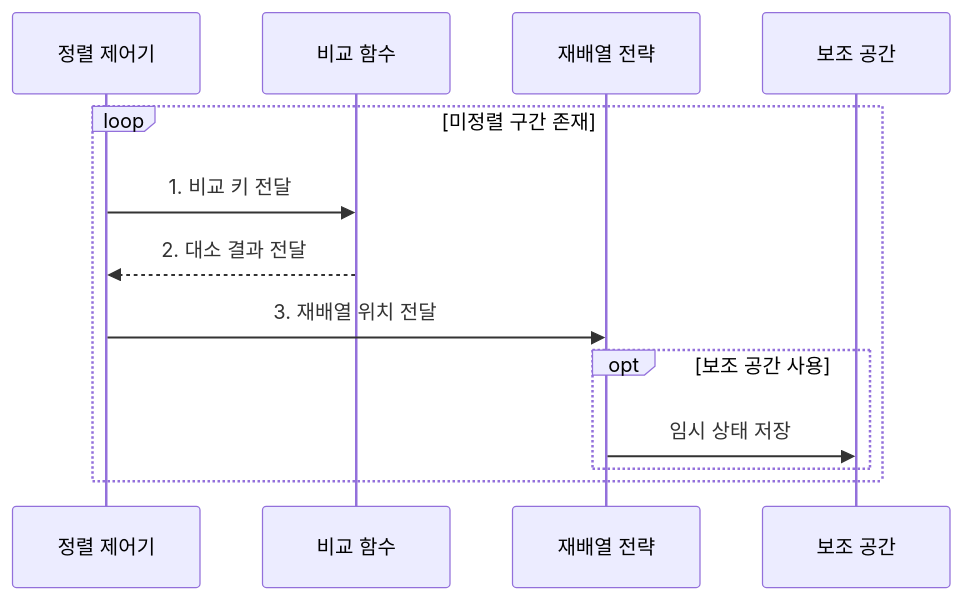
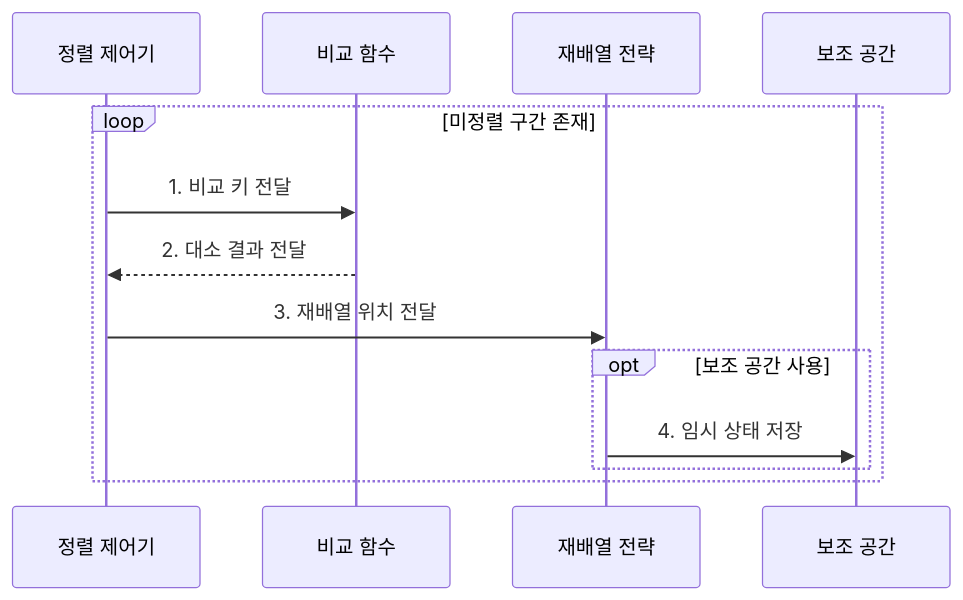
Before and after one commit to agnusdei1207/knowledge-base: the second of 2 diagrams in src/content/docs/notes/01-basic-theory/003_sorting_algorithms.md, drawn with Mermaid. The commit also changed other lines of this file and 7 other files, not shown here.

````diff
--- a/src/content/docs/notes/01-basic-theory/003_sorting_algorithms.md
+++ b/src/content/docs/notes/01-basic-theory/003_sorting_algorithms.md
@@ -105,15 +92,15 @@
 ```mermaid
 sequenceDiagram
     participant C as 정렬 제어기
     participant F as 비교 함수
     participant R as 재배열 전략
     participant S as 보조 공간
     loop 미정렬 구간 존재
         C->>F: 1. 비교 키 전달
         F-->>C: 2. 대소 결과 전달
         C->>R: 3. 재배열 위치 전달
         opt 보조 공간 사용
-            R->>S: 임시 상태 저장
+            R->>S: 4. 임시 상태 저장
         end
     end
 ```
````
